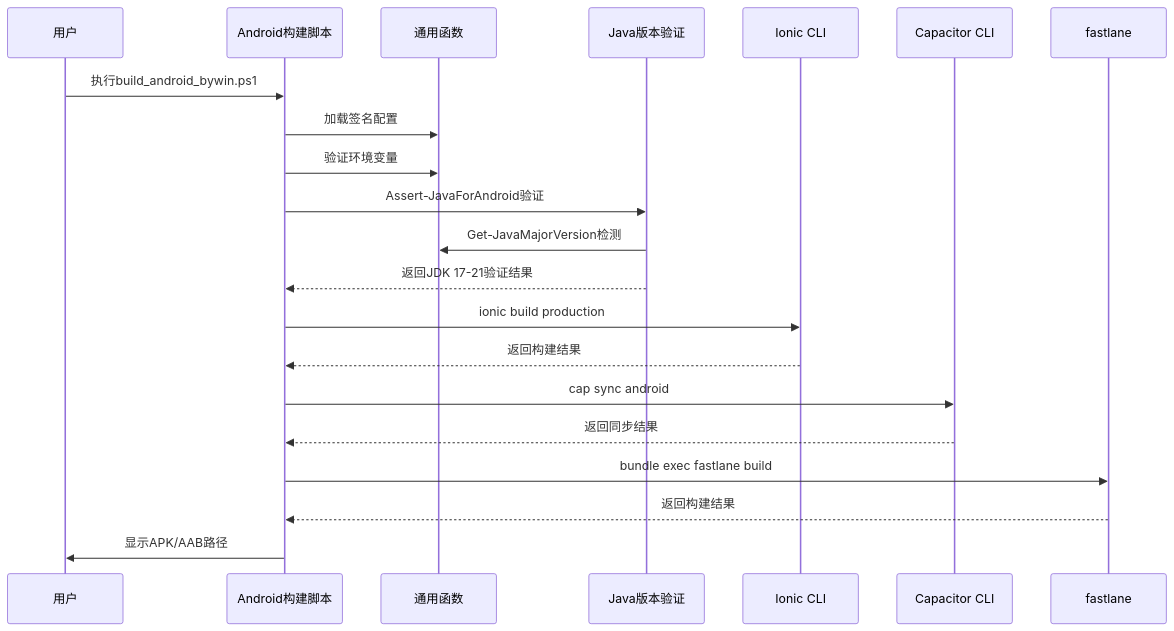
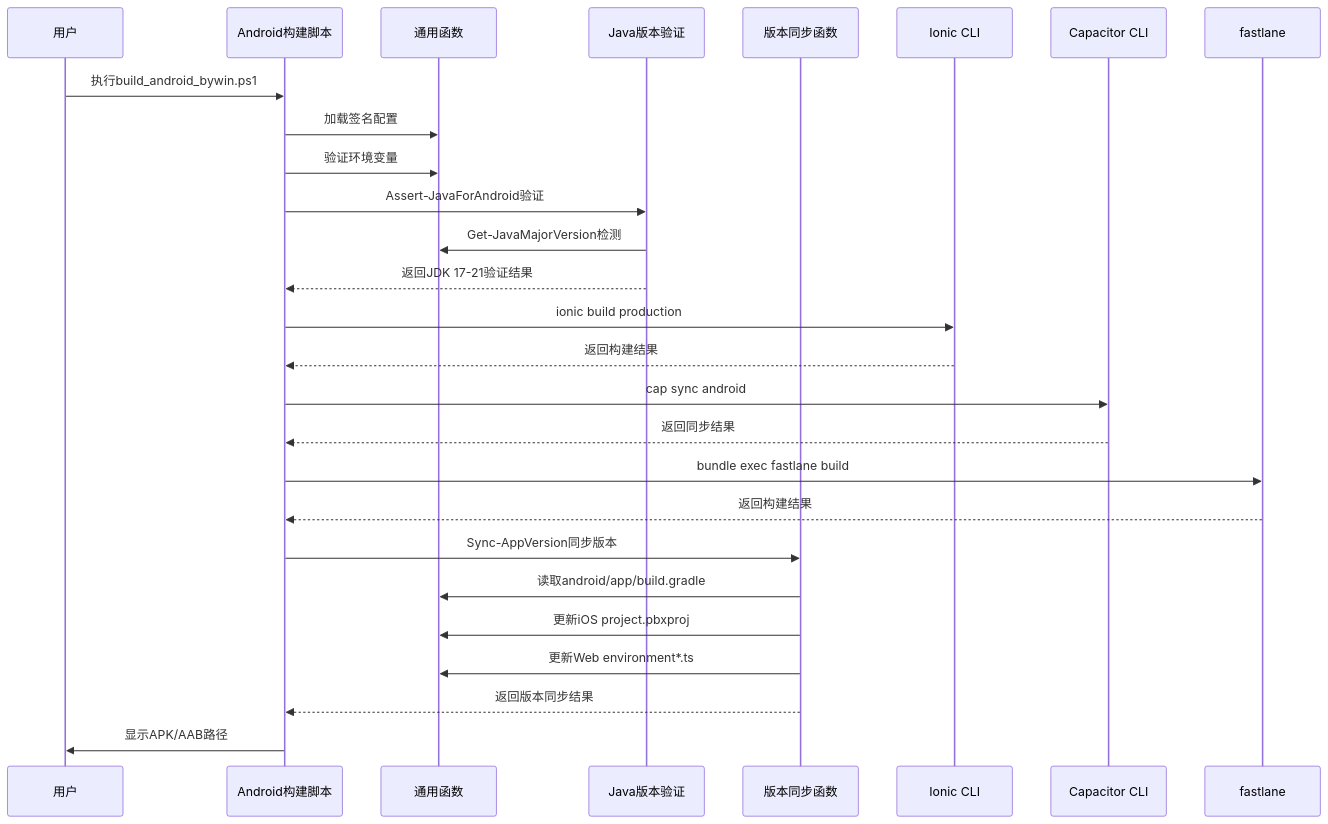
One commit to tea4go/Macro-Deck-Client-App changed the fourth of 9 diagrams in .qoder/repowiki/zh/content/构建与部署/Windows PowerShell自动化.md. Above: the diagram before and after it, drawn with Mermaid. The commit also changed other lines of this file and 37 other files, not shown here.

````diff
--- a/.qoder/repowiki/zh/content/构建与部署/Windows PowerShell自动化.md
+++ b/.qoder/repowiki/zh/content/构建与部署/Windows PowerShell自动化.md
@@ -533,23 +596,29 @@
 ```mermaid
 sequenceDiagram
 participant User as 用户
 participant BuildScript as Android构建脚本
 participant Common as 通用函数
 participant JavaValidation as Java版本验证
+participant VersionSync as 版本同步函数
 participant Ionic as Ionic CLI
 participant Capacitor as Capacitor CLI
 participant Fastlane as fastlane
 User->>BuildScript : 执行build_android_bywin.ps1
 BuildScript->>Common : 加载签名配置
 BuildScript->>Common : 验证环境变量
 BuildScript->>JavaValidation : Assert-JavaForAndroid验证
 JavaValidation->>Common : Get-JavaMajorVersion检测
 JavaValidation-->>BuildScript : 返回JDK 17-21验证结果
 BuildScript->>Ionic : ionic build production
 Ionic-->>BuildScript : 返回构建结果
 BuildScript->>Capacitor : cap sync android
 Capacitor-->>BuildScript : 返回同步结果
 BuildScript->>Fastlane : bundle exec fastlane build
 Fastlane-->>BuildScript : 返回构建结果
+BuildScript->>VersionSync : Sync-AppVersion同步版本
+VersionSync->>Common : 读取android/app/build.gradle
+VersionSync->>Common : 更新iOS project.pbxproj
+VersionSync->>Common : 更新Web environment*.ts
+VersionSync-->>BuildScript : 返回版本同步结果
 BuildScript->>User : 显示APK/AAB路径
 ```
````
